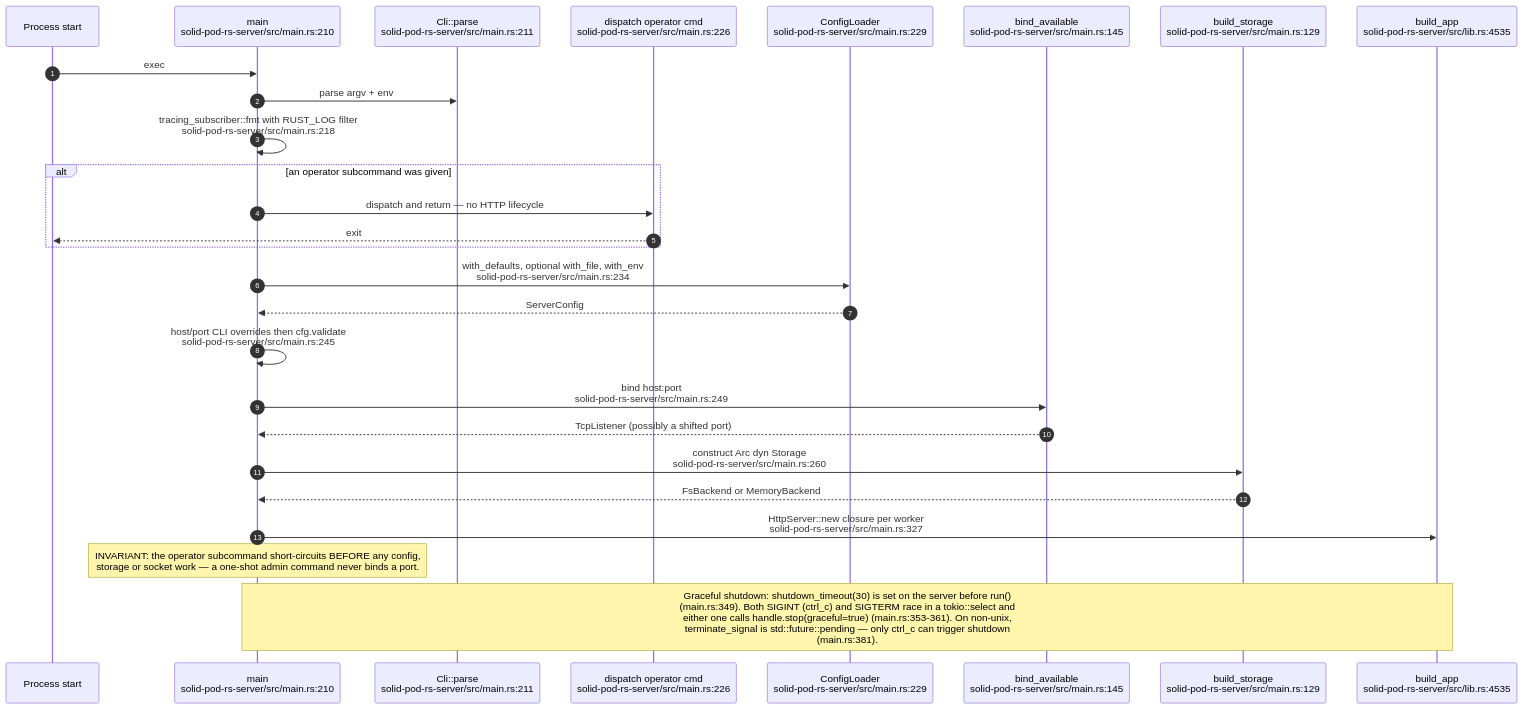
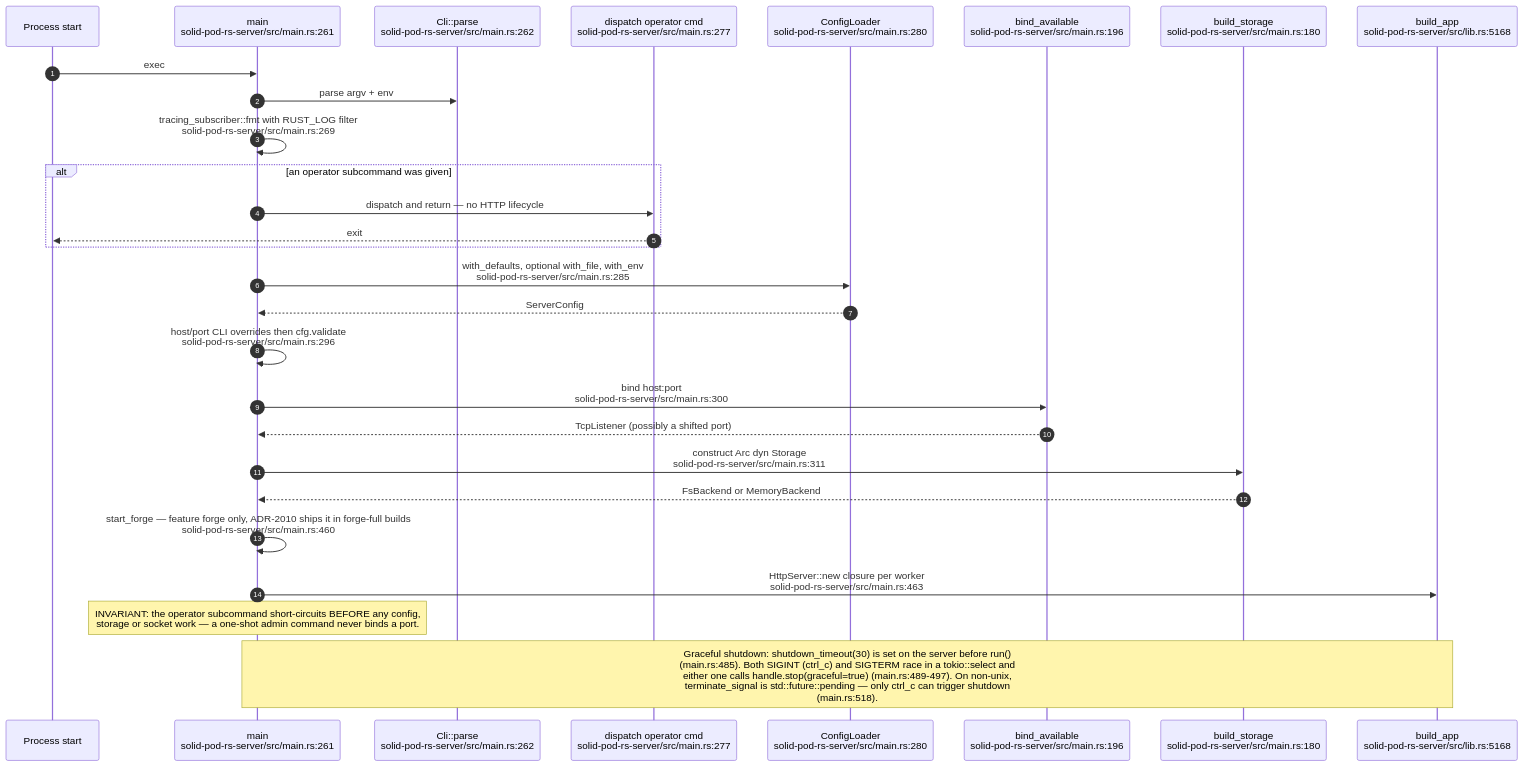
The first of 11 diagrams in docs/diagrams/solid-pod-rs/02-server-boot-and-routes.md (DreamLab-AI/VisionFlow), drawn with Mermaid before and after one commit. The commit also changed other lines of this file and 160 other files, not shown here.

````diff
--- a/docs/diagrams/solid-pod-rs/02-server-boot-and-routes.md
+++ b/docs/diagrams/solid-pod-rs/02-server-boot-and-routes.md
@@ -25,30 +25,31 @@
 ```mermaid
 sequenceDiagram
     autonumber
     participant OS as Process start
-    participant M as main<br/>solid-pod-rs-server/src/main.rs:210
-    participant CLI as Cli::parse<br/>solid-pod-rs-server/src/main.rs:211
-    participant OP as dispatch operator cmd<br/>solid-pod-rs-server/src/main.rs:226
-    participant LD as ConfigLoader<br/>solid-pod-rs-server/src/main.rs:229
-    participant BIND as bind_available<br/>solid-pod-rs-server/src/main.rs:145
-    participant ST as build_storage<br/>solid-pod-rs-server/src/main.rs:129
-    participant APP as build_app<br/>solid-pod-rs-server/src/lib.rs:4535
+    participant M as main<br/>solid-pod-rs-server/src/main.rs:261
+    participant CLI as Cli::parse<br/>solid-pod-rs-server/src/main.rs:262
+    participant OP as dispatch operator cmd<br/>solid-pod-rs-server/src/main.rs:277
+    participant LD as ConfigLoader<br/>solid-pod-rs-server/src/main.rs:280
+    participant BIND as bind_available<br/>solid-pod-rs-server/src/main.rs:196
+    participant ST as build_storage<br/>solid-pod-rs-server/src/main.rs:180
+    participant APP as build_app<br/>solid-pod-rs-server/src/lib.rs:5168
 
     OS->>M: exec
     M->>CLI: parse argv + env
-    M->>M: tracing_subscriber::fmt with RUST_LOG filter<br/>solid-pod-rs-server/src/main.rs:218
+    M->>M: tracing_subscriber::fmt with RUST_LOG filter<br/>solid-pod-rs-server/src/main.rs:269
     alt an operator subcommand was given
         M->>OP: dispatch and return — no HTTP lifecycle
         OP-->>OS: exit
     end
-    M->>LD: with_defaults, optional with_file, with_env<br/>solid-pod-rs-server/src/main.rs:234
+    M->>LD: with_defaults, optional with_file, with_env<br/>solid-pod-rs-server/src/main.rs:285
     LD-->>M: ServerConfig
-    M->>M: host/port CLI overrides then cfg.validate<br/>solid-pod-rs-server/src/main.rs:245
-    M->>BIND: bind host:port<br/>solid-pod-rs-server/src/main.rs:249
+    M->>M: host/port CLI overrides then cfg.validate<br/>solid-pod-rs-server/src/main.rs:296
+    M->>BIND: bind host:port<br/>solid-pod-rs-server/src/main.rs:300
     BIND-->>M: TcpListener (possibly a shifted port)
-    M->>ST: construct Arc dyn Storage<br/>solid-pod-rs-server/src/main.rs:260
+    M->>ST: construct Arc dyn Storage<br/>solid-pod-rs-server/src/main.rs:311
     ST-->>M: FsBackend or MemoryBackend
-    M->>APP: HttpServer::new closure per worker<br/>solid-pod-rs-server/src/main.rs:327
+    M->>M: start_forge — feature forge only, ADR-2010 ships it in forge-full builds<br/>solid-pod-rs-server/src/main.rs:460
+    M->>APP: HttpServer::new closure per worker<br/>solid-pod-rs-server/src/main.rs:463
     Note over M: INVARIANT: the operator subcommand short-circuits BEFORE any config,<br/>storage or socket work — a one-shot admin command never binds a port.
-    Note over APP,M: Graceful shutdown: shutdown_timeout(30) is set on the server before run()<br/>(main.rs:349). Both SIGINT (ctrl_c) and SIGTERM race in a tokio::select and<br/>either one calls handle.stop(graceful=true) (main.rs:353-361). On non-unix,<br/>terminate_signal is std::future::pending — only ctrl_c can trigger shutdown<br/>(main.rs:381).
+    Note over APP,M: Graceful shutdown: shutdown_timeout(30) is set on the server before run()<br/>(main.rs:485). Both SIGINT (ctrl_c) and SIGTERM race in a tokio::select and<br/>either one calls handle.stop(graceful=true) (main.rs:489-497). On non-unix,<br/>terminate_signal is std::future::pending — only ctrl_c can trigger shutdown<br/>(main.rs:518).
 ```
````
